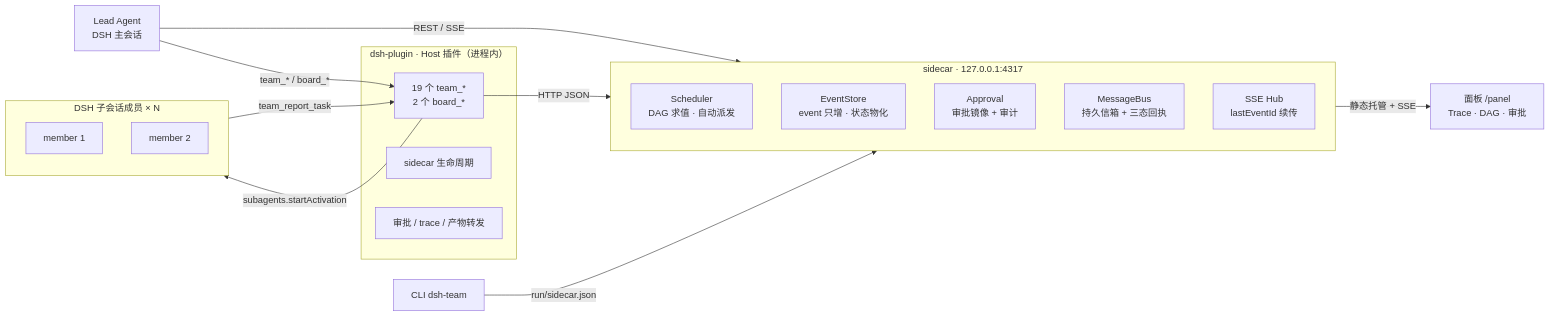
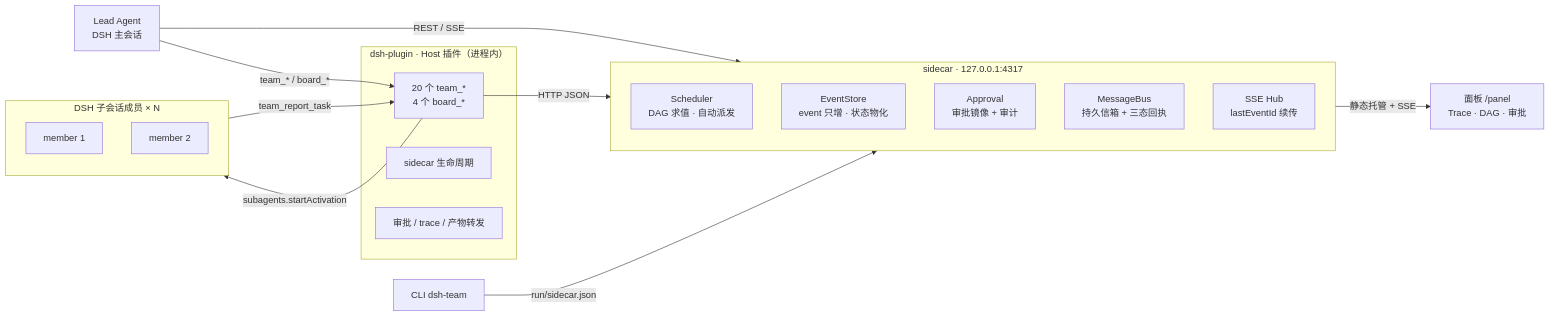
The first of 2 diagrams in README.md (hunmer/dsh-team-control), drawn with Mermaid before and after one commit. The commit also changed other lines of this file and 34 other files, not shown here.

````diff
--- a/README.md
+++ b/README.md
@@ -13,34 +13,34 @@
 ```mermaid
 flowchart LR
   Lead["Lead Agent<br/>DSH 主会话"]
 
   subgraph Host["dsh-plugin · Host 插件（进程内）"]
-    Tools["19 个 team_*<br/>2 个 board_*"]
+    Tools["20 个 team_*<br/>4 个 board_*"]
     Life["sidecar 生命周期"]
     Fwd["审批 / trace / 产物转发"]
   end
 
   subgraph SC["sidecar · 127.0.0.1:4317"]
     Sch["Scheduler<br/>DAG 求值 · 自动派发"]
     Ev["EventStore<br/>event 只增 · 状态物化"]
     Ap["Approval<br/>审批镜像 + 审计"]
     Bus["MessageBus<br/>持久信箱 + 三态回执"]
     Hub["SSE Hub<br/>lastEventId 续传"]
   end
 
   subgraph Mem["DSH 子会话成员 × N"]
     M1["member 1"]
     M2["member 2"]
   end
 
   Panel["面板 /panel<br/>Trace · DAG · 审批"]
   Cli["CLI dsh-team"]
 
   Lead -->|team_* / board_*| Tools
   Lead -->|REST / SSE| SC
   Tools -->|HTTP JSON| SC
   Tools -->|subagents.startActivation| Mem
   Mem -->|team_report_task| Tools
   SC -->|静态托管 + SSE| Panel
   Cli -->|run/sidecar.json| SC
 ```
````
